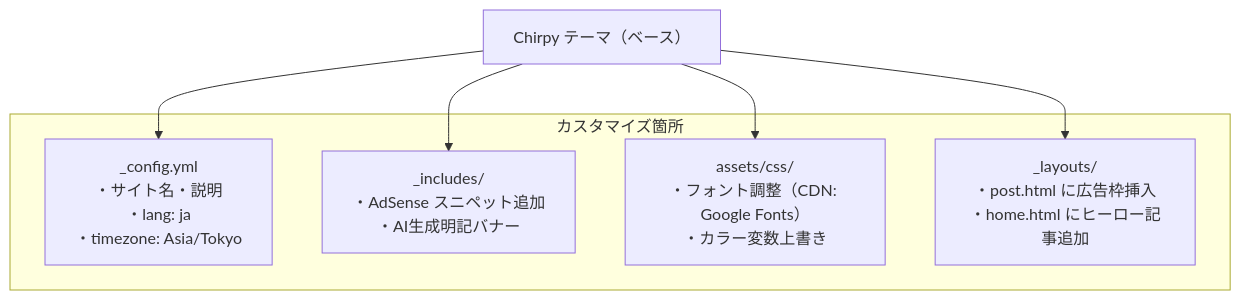
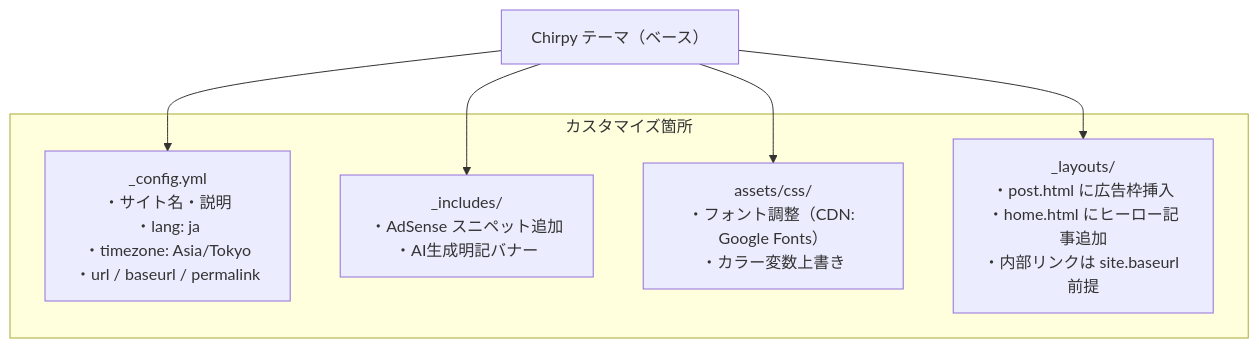
One commit to garyohosu/writer changed the eighth of 9 diagrams in ui.md. Above: the diagram before and after it, drawn with Mermaid. The commit also changed other lines of this file and 2 other files, not shown here.

````diff
--- a/ui.md
+++ b/ui.md
@@ -177,16 +176,16 @@
 ```mermaid
 graph TD
     BASE["Chirpy テーマ（ベース）"]
 
     subgraph CUSTOM["カスタマイズ箇所"]
-        C1["_config.yml\n・サイト名・説明\n・lang: ja\n・timezone: Asia/Tokyo"]
+        C1["_config.yml\n・サイト名・説明\n・lang: ja\n・timezone: Asia/Tokyo\n・url / baseurl / permalink"]
         C2["_includes/\n・AdSense スニペット追加\n・AI生成明記バナー"]
         C3["assets/css/\n・フォント調整（CDN: Google Fonts）\n・カラー変数上書き"]
-        C4["_layouts/\n・post.html に広告枠挿入\n・home.html にヒーロー記事追加"]
+        C4["_layouts/\n・post.html に広告枠挿入\n・home.html にヒーロー記事追加\n・内部リンクは site.baseurl 前提"]
     end
 
     BASE --> C1
     BASE --> C2
     BASE --> C3
     BASE --> C4
 ```
````
